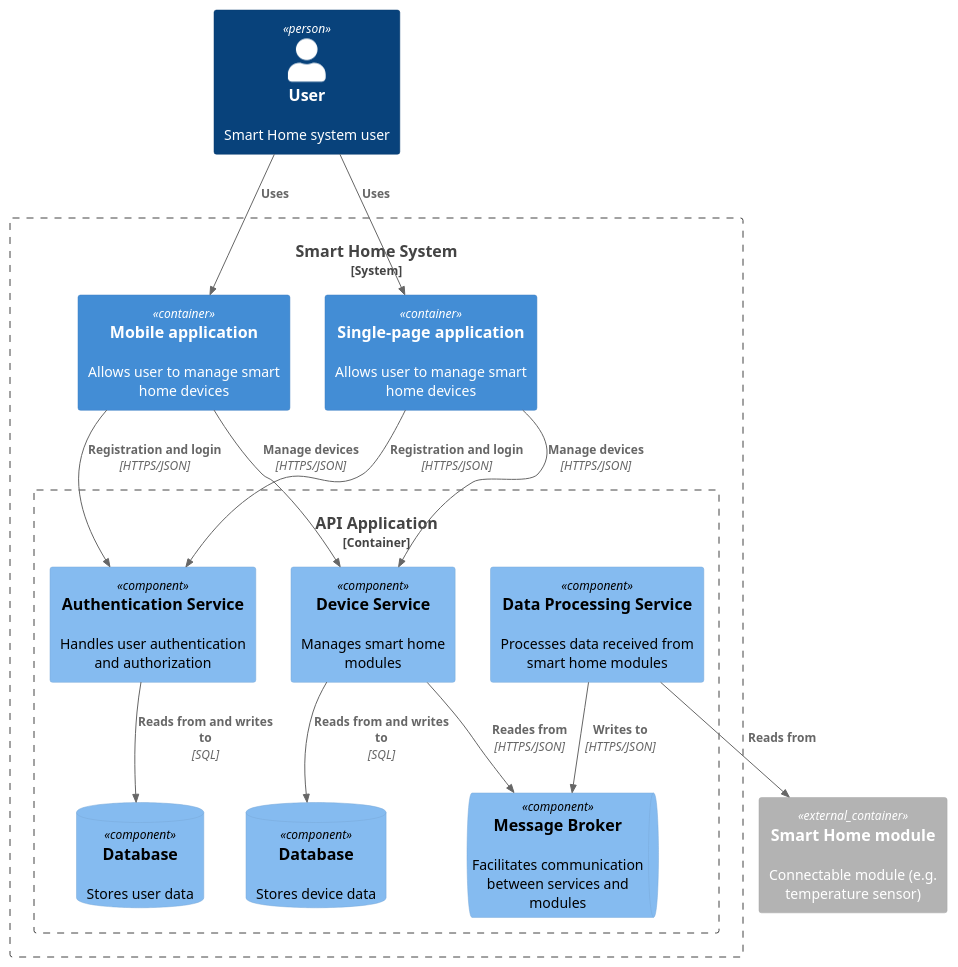
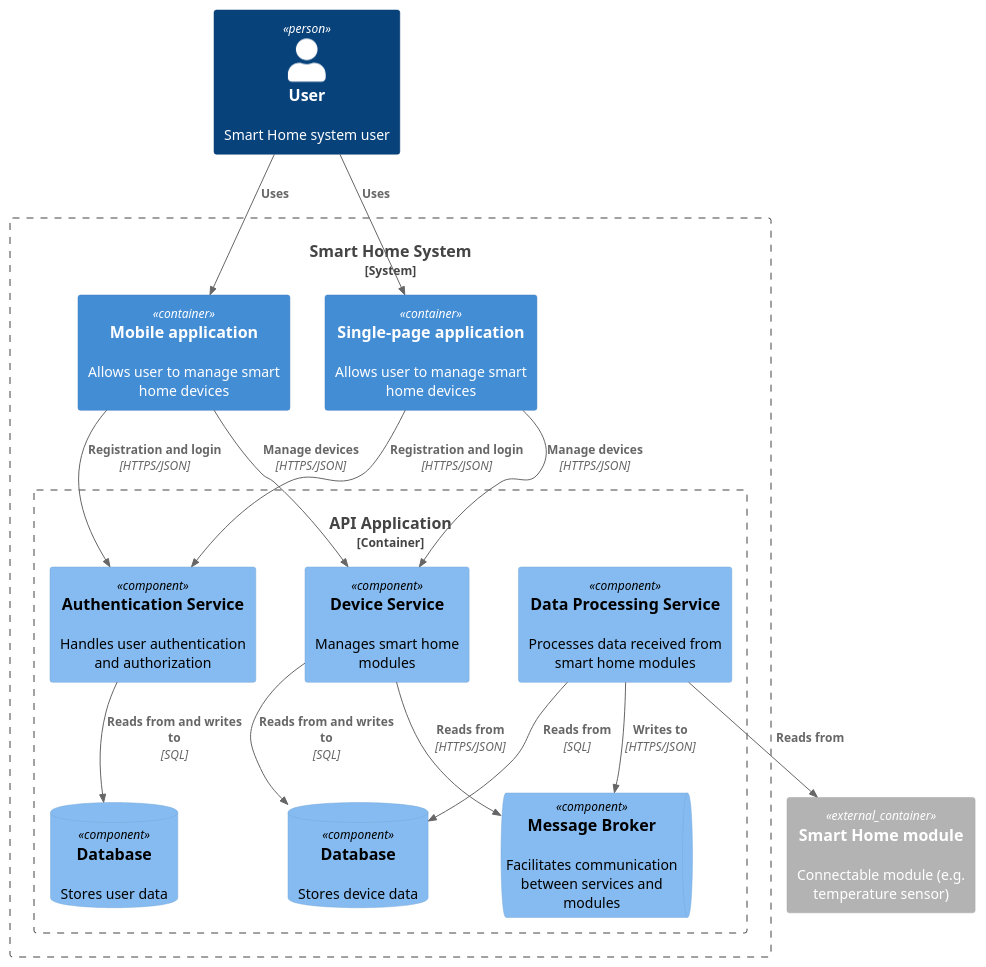
One commit to Madm1key/architecture-warmhouse changed the diagram in diagram/component/SmartHome_Component.puml. Above: the diagram before and after it, drawn with PlantUML. The commit also changed 2 other files, not shown here.

Commit message:
doc: обновлены диаграммы C4 и исправлены опечатки в связях

```diff
--- a/diagram/component/SmartHome_Component.puml
+++ b/diagram/component/SmartHome_Component.puml
@@ -1,36 +1,38 @@
 @startuml
 !include https://raw.githubusercontent.com/plantuml-stdlib/C4-PlantUML/master/C4_Component.puml
+LAYOUT_TOP_DOWN()
 
 Person(user, "User", "Smart Home system user")
 
 System_Boundary(s, "Smart Home System") {
   Container(mobileApp, "Mobile application", $descr="Allows user to manage smart home devices")
   Container(spa, "Single-page application", $descr="Allows user to manage smart home devices")
   Container_Boundary(app, "API Application") {
     Component(dataProc, "Data Processing Service", $descr="Processes data received from smart home modules")
     Component(auth, "Authentication Service", $descr="Handles user authentication and authorization")
     Component(device, "Device Service", $descr="Manages smart home modules")
     ComponentQueue(broker, "Message Broker", $descr="Facilitates communication between services and modules")
     ComponentDb(userDb, "Database", $descr="Stores user data")
     ComponentDb(deviceDb, "Database", $descr="Stores device data")
   }
 }
 
 Container_Ext(module, "Smart Home module", $descr="Connectable module (e.g. temperature sensor)")
 
 Rel(user, mobileApp, "Uses")
 Rel(user, spa, "Uses")
 
 Rel(mobileApp, auth, "Registration and login", "HTTPS/JSON")
 Rel(spa, auth, "Registration and login", "HTTPS/JSON")
 Rel(mobileApp, device, "Manage devices", "HTTPS/JSON")
 Rel(spa, device, "Manage devices", "HTTPS/JSON")
 
 Rel(dataProc, module, "Reads from")
 
 Rel(dataProc, broker, "Writes to",  "HTTPS/JSON")
-Rel(device, broker, "Reades from", "HTTPS/JSON")
+Rel(device, broker, "Reads from", "HTTPS/JSON")
 
 Rel(auth, userDb, "Reads from and writes to", "SQL")
 Rel(device, deviceDb, "Reads from and writes to", "SQL")
+Rel(dataProc, deviceDb, "Reads from", "SQL")
 @enduml
```
